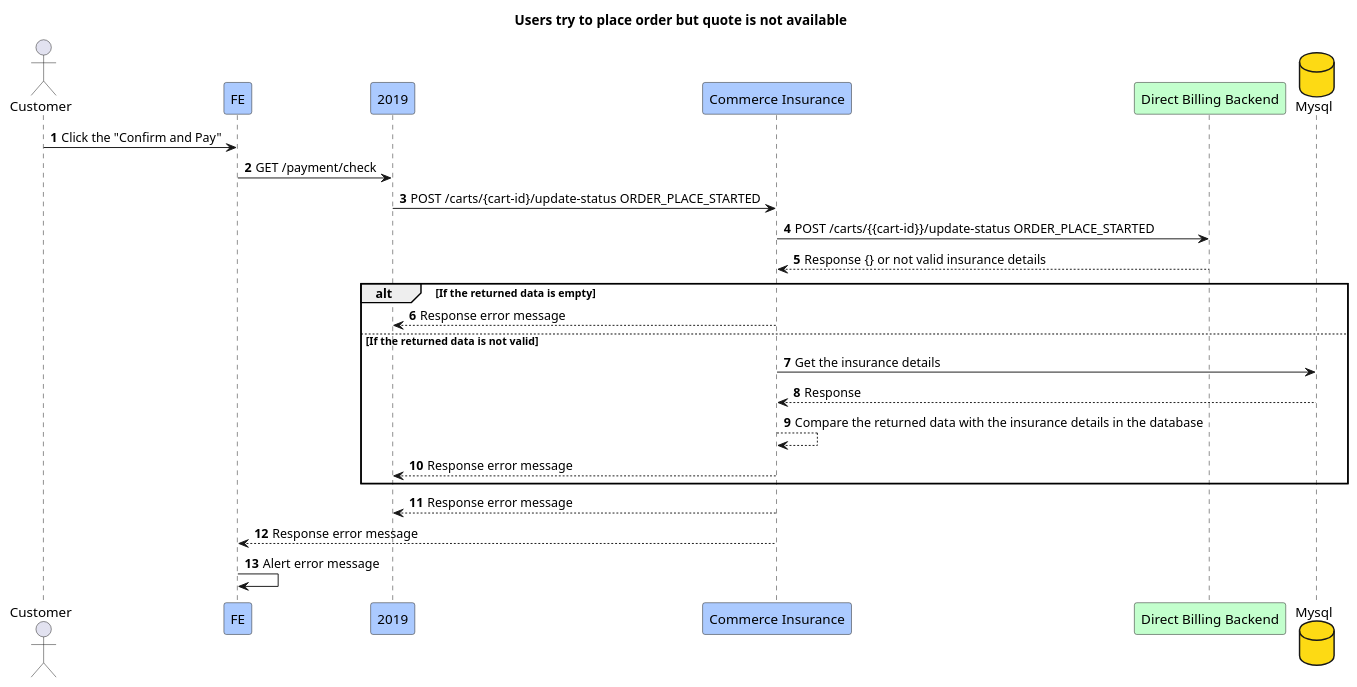
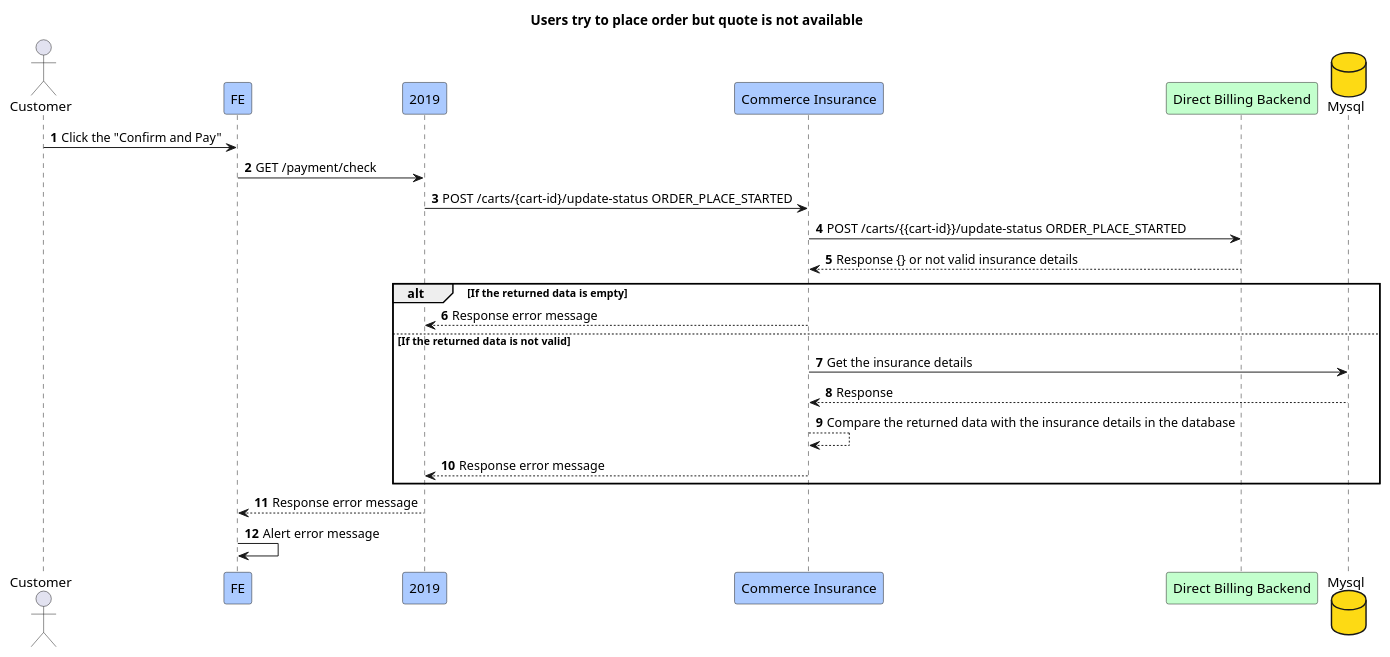
The diagram in 12.Customer tries to place order but quote is not available.puml (Jayounger/EyeMed-Sequence-Diagram), drawn with PlantUML before and after one commit. The commit also changed 32 other files, not shown here.

```diff
--- a/12.Customer tries to place order but quote is not available.puml
+++ b/12.Customer tries to place order but quote is not available.puml
@@ -1,30 +1,29 @@
 @startuml
 title Users try to place order but quote is not available
 actor Customer
 participant FE #abcaff
 participant "2019" #abcaff
 participant "Commerce Insurance" #abcaff
 participant "Direct Billing Backend" #c3ffcd
 database "Mysql" #fdda14
 
 autonumber
 Customer -> FE:Click the "Confirm and Pay"
 FE -> 2019:GET /payment/check
 2019 -> "Commerce Insurance":POST /carts/{cart-id}/update-status ORDER_PLACE_STARTED
 "Commerce Insurance" -> "Direct Billing Backend":POST /carts/{{cart-id}}/update-status ORDER_PLACE_STARTED
 "Direct Billing Backend" --> "Commerce Insurance":Response {} or not valid insurance details
 
 alt If the returned data is empty
     "Commerce Insurance" --> 2019:Response error message
 else If the returned data is not valid
     "Commerce Insurance" -> "Mysql":Get the insurance details
     "Mysql" --> "Commerce Insurance":Response
     "Commerce Insurance" --> "Commerce Insurance" :Compare the returned data with the insurance details in the database
     "Commerce Insurance"  --> 2019:Response error message
 end
-    "Commerce Insurance"  --> 2019:Response error message
-    "Commerce Insurance"  --> FE:Response error message
+    "2019"  --> FE:Response error message
 
     FE -> FE:Alert error message
 
 @enduml
```
